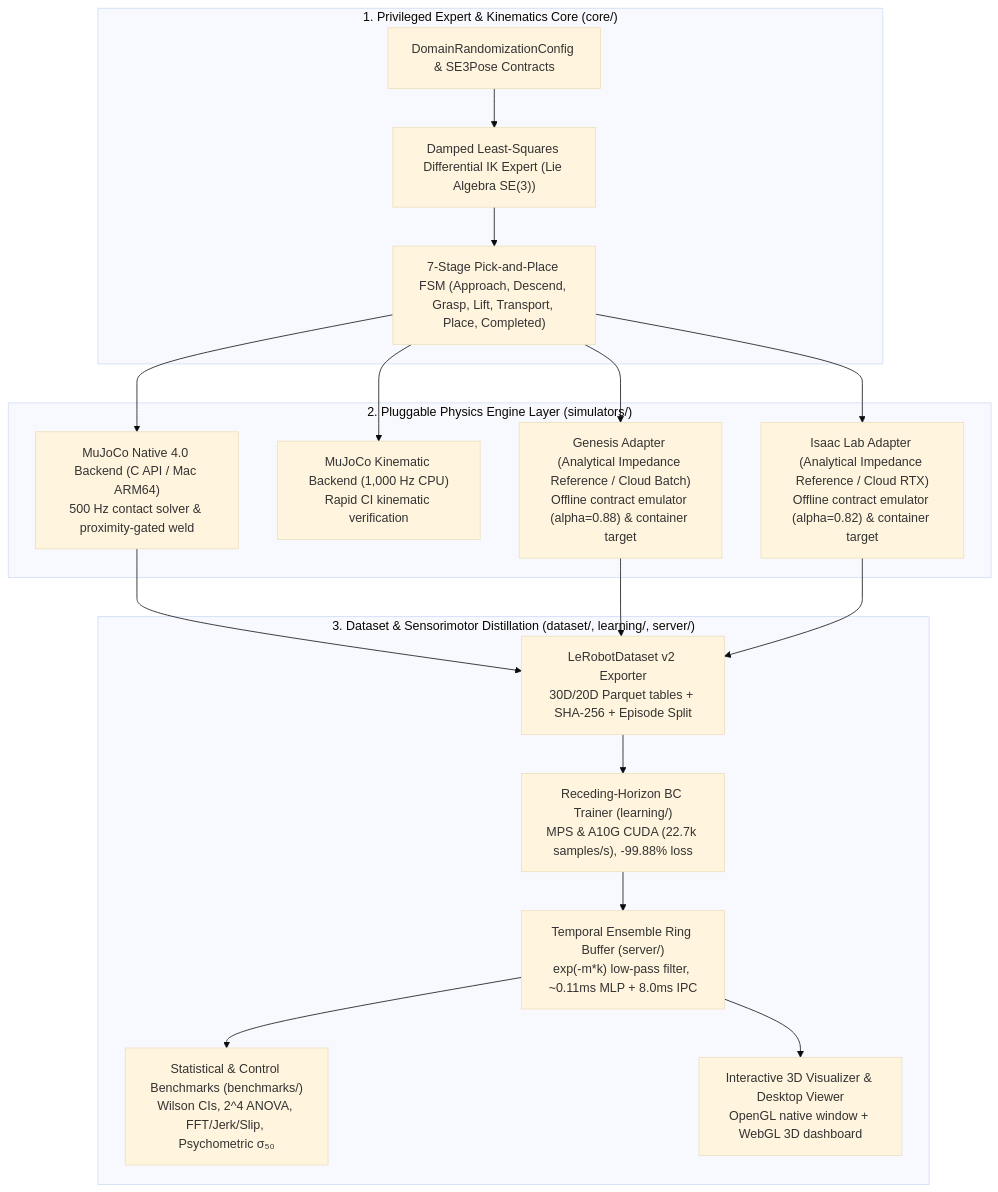
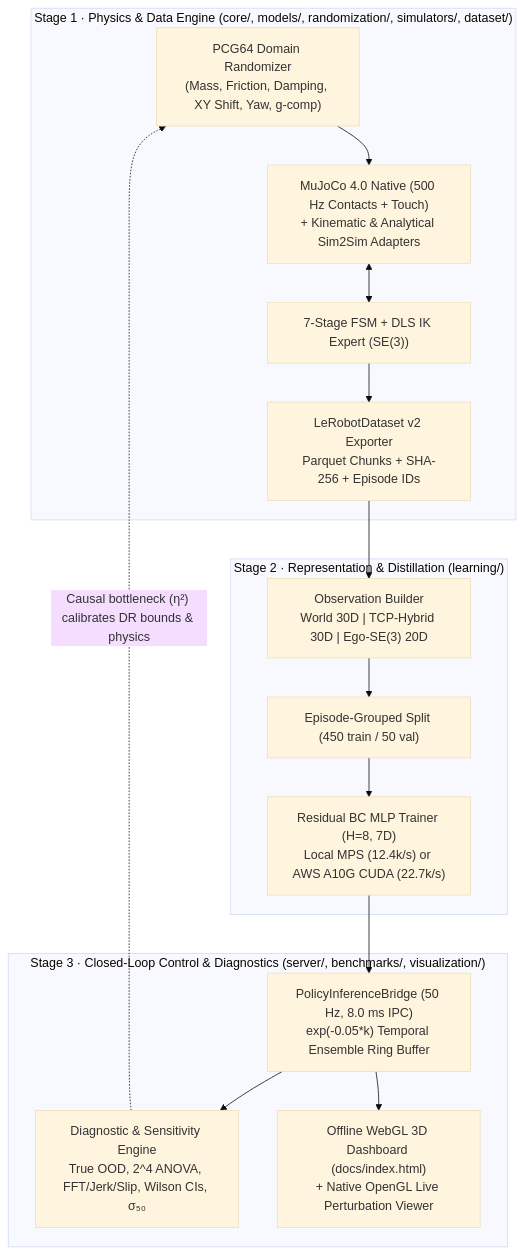
The diagram in README.md (LeanoA/sim2real-data-engine), drawn with Mermaid (base theme) before and after one commit. The commit also changed other lines of this file and 1 other file, not shown here.

Commit message:
docs: clarify experimental axes, add codebase architecture map, and update 3D demo framing

````diff
--- a/README.md
+++ b/README.md
@@ -109,26 +124,29 @@
 ```mermaid
-flowchart TD
-    subgraph Core["1. Privileged Expert & Kinematics Core (core/)"]
-        CFG["DomainRandomizationConfig & SE3Pose Contracts"]
-        IK["Damped Least-Squares Differential IK Expert (Lie Algebra SE(3))"]
-        FSM["7-Stage Pick-and-Place FSM (Approach, Descend, Grasp, Lift, Transport, Place, Completed)"]
-        CFG --> IK --> FSM
+flowchart TB
+    subgraph S1["Stage 1 · Physics & Data Engine (core/, models/, randomization/, simulators/, dataset/)"]
+        CFG["PCG64 Domain Randomizer<br/>(Mass, Friction, Damping, XY Shift, Yaw, g-comp)"]
+        SIM["MuJoCo 4.0 Native (500 Hz Contacts + Touch)<br/>+ Kinematic & Analytical Sim2Sim Adapters"]
+        EXP["7-Stage FSM + DLS IK Expert (SE(3))"]
+        DS["LeRobotDataset v2 Exporter<br/>Parquet Chunks + SHA-256 + Episode IDs"]
+        CFG --> SIM
+        SIM <--> EXP
+        EXP --> DS
     end
 
-    subgraph Backends["2. Pluggable Physics Engine Layer (simulators/)"]
-        MUJ_NAT["MuJoCo Native 4.0 Backend (C API / Mac ARM64)<br/>500 Hz contact solver & proximity-gated weld"]
-        MUJ_KIN["MuJoCo Kinematic Backend (1,000 Hz CPU)<br/>Rapid CI kinematic verification"]
-        GEN["Genesis Adapter (Analytical Impedance Reference / Cloud Batch)<br/>Offline contract emulator (alpha=0.88) & container target"]
-        ISA["Isaac Lab Adapter (Analytical Impedance Reference / Cloud RTX)<br/>Offline contract emulator (alpha=0.82) & container target"]
-        FSM --> MUJ_NAT & MUJ_KIN & GEN & ISA
+    subgraph S2["Stage 2 · Representation & Distillation (learning/)"]
+        OBS["Observation Builder<br/>World 30D | TCP-Hybrid 30D | Ego-SE(3) 20D"]
+        SPLIT["Episode-Grouped Split (450 train / 50 val)"]
+        TRAIN["Residual BC MLP Trainer (H=8, 7D)<br/>Local MPS (12.4k/s) or AWS A10G CUDA (22.7k/s)"]
+        DS --> OBS --> SPLIT --> TRAIN
     end
 
-    subgraph Pipeline["3. Dataset & Sensorimotor Distillation (dataset/, learning/, server/)"]
-        LER["LeRobotDataset v2 Exporter<br/>30D/20D Parquet tables + SHA-256 + Episode Split"]
-        TRN["Receding-Horizon BC Trainer (learning/)<br/>MPS & A10G CUDA (22.7k samples/s), -99.88% loss"]
-        SRV["Temporal Ensemble Ring Buffer (server/)<br/>exp(-m*k) low-pass filter, ~0.11ms MLP + 8.0ms IPC"]
-        OOD["Statistical & Control Benchmarks (benchmarks/)<br/>Wilson CIs, 2^4 ANOVA, FFT/Jerk/Slip, Psychometric σ₅₀"]
-        VIS["Interactive 3D Visualizer & Desktop Viewer<br/>OpenGL native window + WebGL 3D dashboard"]
-        MUJ_NAT & GEN & ISA --> LER --> TRN --> SRV --> OOD & VIS
+    subgraph S3["Stage 3 · Closed-Loop Control & Diagnostics (server/, benchmarks/, visualization/)"]
+        SRV["PolicyInferenceBridge (50 Hz, 8.0 ms IPC)<br/>exp(-0.05*k) Temporal Ensemble Ring Buffer"]
+        DIAG["Diagnostic & Sensitivity Engine<br/>True OOD, 2^4 ANOVA, FFT/Jerk/Slip, Wilson CIs, σ₅₀"]
+        DASH["Offline WebGL 3D Dashboard (docs/index.html)<br/>+ Native OpenGL Live Perturbation Viewer"]
+        TRAIN --> SRV --> DIAG
+        SRV --> DASH
     end
+
+    DIAG -. "Causal bottleneck (η²) calibrates DR bounds & physics" .-> CFG
 ```
````
